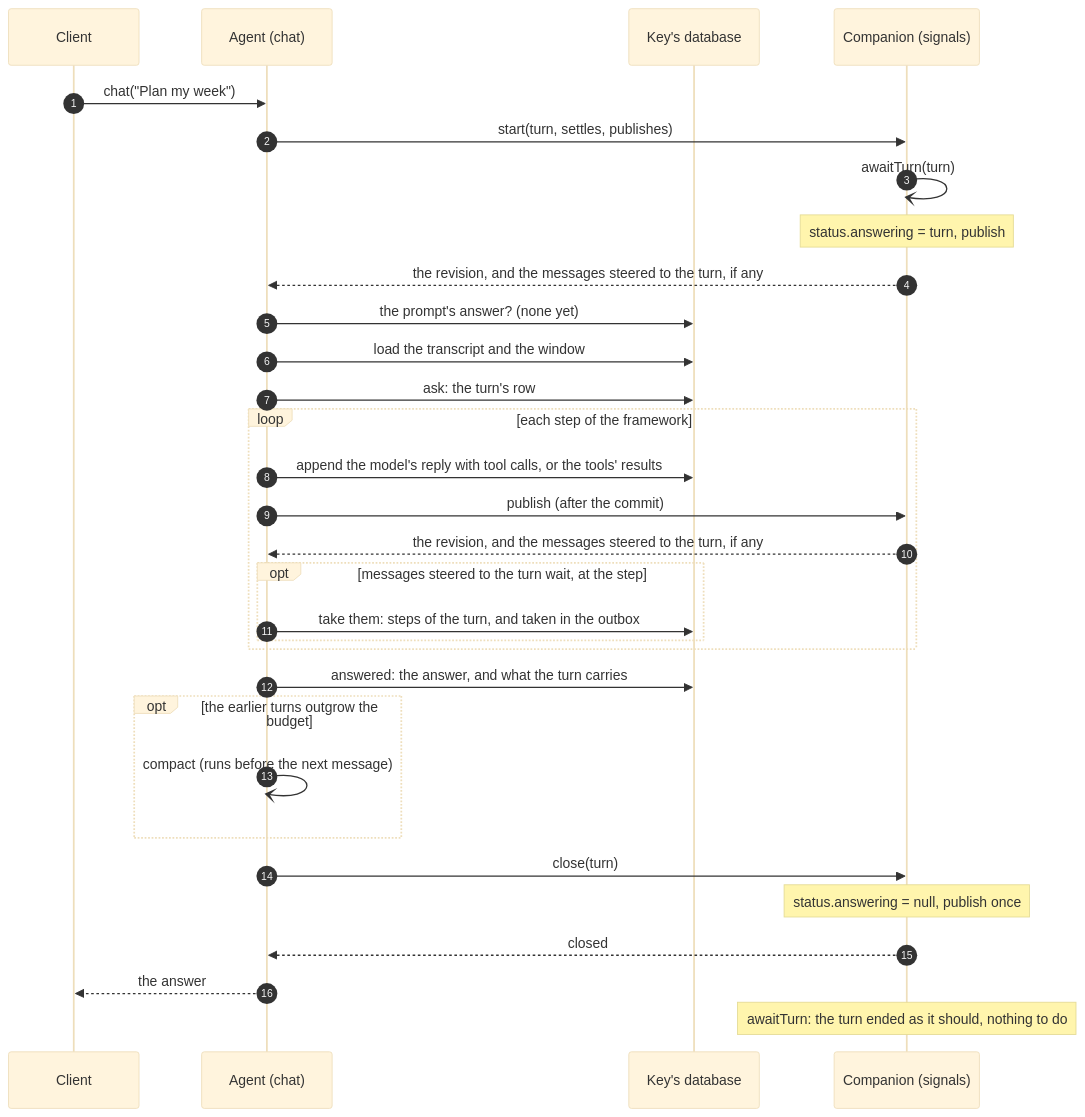
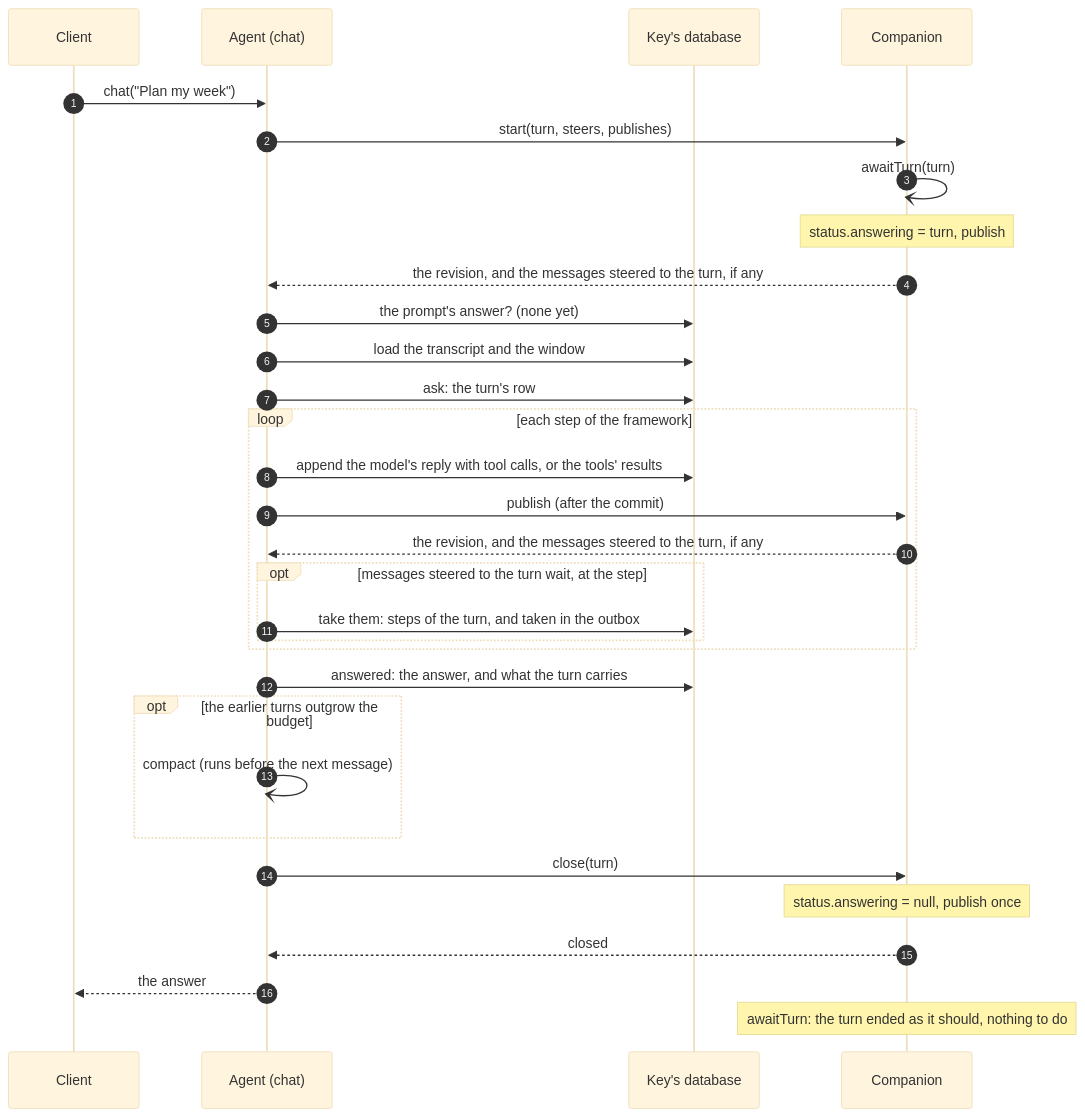
Before and after one commit to restatedev/sdk-python: the first of 9 diagrams in docs/agents/turns.md, drawn with Mermaid (base theme). The commit also changed other lines of this file and 44 other files, not shown here.

````diff
--- a/docs/agents/turns.md
+++ b/docs/agents/turns.md
@@ -107,33 +161,33 @@
 ```mermaid
 sequenceDiagram
   autonumber
   participant C as Client
   participant A as Agent (chat)
   participant DB as Key's database
-  participant S as Companion (signals)
+  participant S as Companion
   C->>A: chat("Plan my week")
-  A->>S: start(turn, settles, publishes)
+  A->>S: start(turn, steers, publishes)
   S-)S: awaitTurn(turn)
   Note over S: status.answering = turn, publish
   S-->>A: the revision, and the messages steered to the turn, if any
   A->>DB: the prompt's answer? (none yet)
   A->>DB: load the transcript and the window
   A->>DB: ask: the turn's row
   loop each step of the framework
     A->>DB: append the model's reply with tool calls, or the tools' results
     A->>S: publish (after the commit)
     S-->>A: the revision, and the messages steered to the turn, if any
     opt messages steered to the turn wait, at the step
       A->>DB: take them: steps of the turn, and taken in the outbox
     end
   end
   A->>DB: answered: the answer, and what the turn carries
   opt the earlier turns outgrow the budget
     A-)A: compact (runs before the next message)
   end
   A->>S: close(turn)
   Note over S: status.answering = null, publish once
   S-->>A: closed
   A-->>C: the answer
   Note over S: awaitTurn: the turn ended as it should, nothing to do
 ```
````
